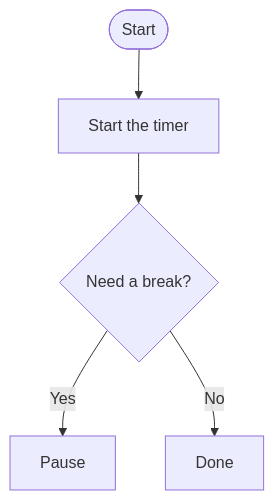
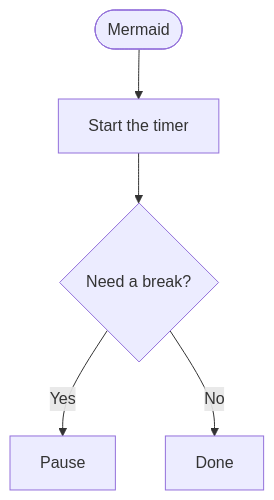
One commit to prncss-xyz/timer-demo changed the diagram in content/blog/hello-world.md. Above: the diagram before and after it, drawn with Mermaid. The commit also changed 7 other files, not shown here.

````diff
--- a/content/blog/hello-world.md
+++ b/content/blog/hello-world.md
@@ -25,7 +25,7 @@
 ```mermaid
 flowchart TD
-  Start([Start]) --> Timer[Start the timer]
+  Start([Mermaid]) --> Timer[Start the timer]
   Timer --> Decide{Need a break?}
   Decide -- Yes --> Pause[Pause]
   Decide -- No --> Done[Done]
 ```
````
